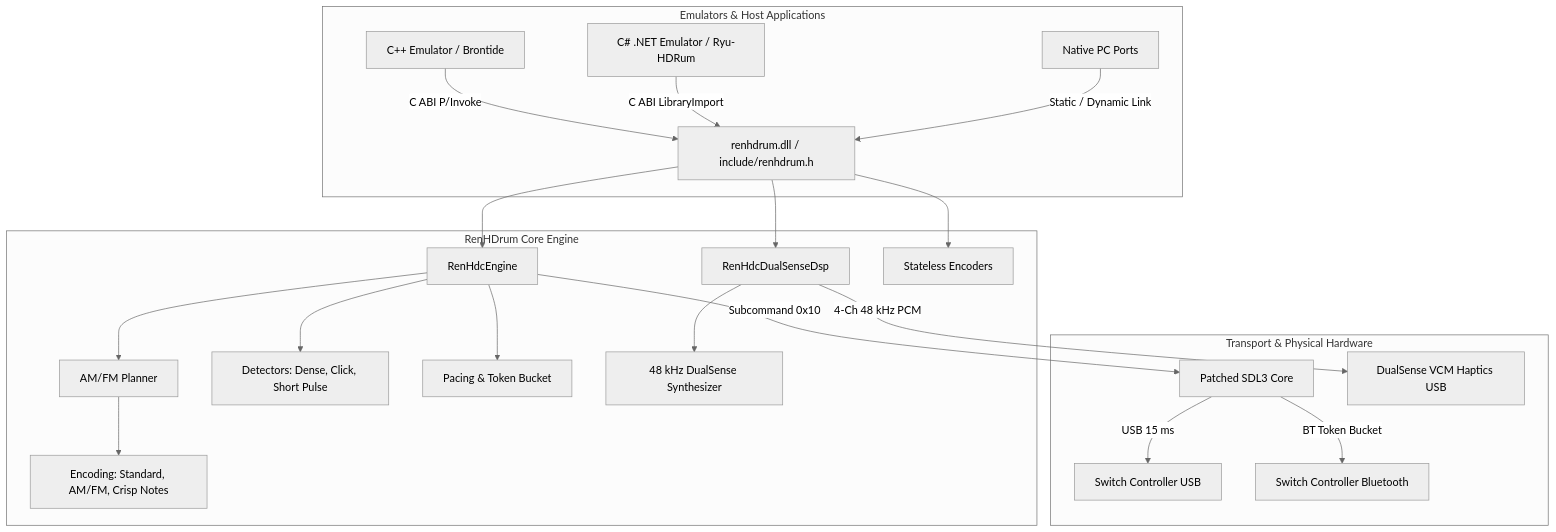
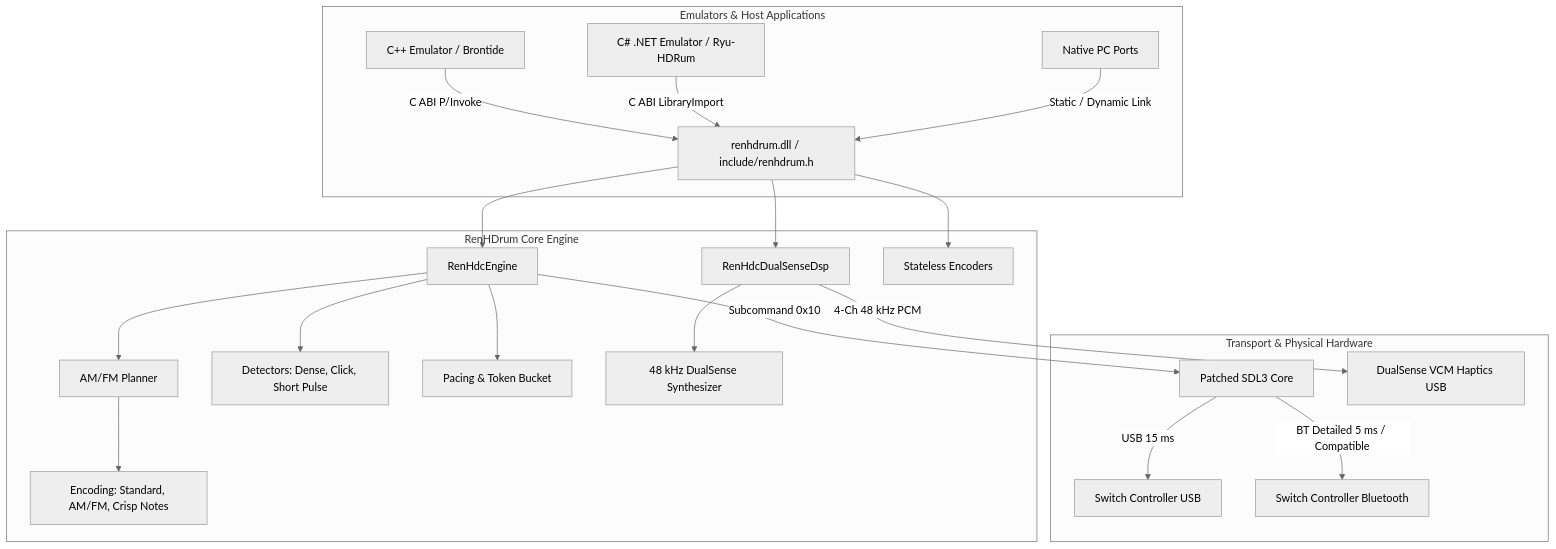
The diagram in docs/integration/architecture.md (trzz1214/RenHDrum), drawn with Mermaid (neutral theme) before and after one commit. The commit also changed other lines of this file and 58 other files, not shown here.

First line of the commit message:
release: RenHDrum 0.4.0 (Switch 2 rumble laws, Bluetooth Detailed/Compatible, eden-switch2 0001-0019)

````diff
--- a/docs/integration/architecture.md
+++ b/docs/integration/architecture.md
@@ -9,28 +9,28 @@
 ```mermaid
 graph TD
     subgraph Emulators & Host Applications
         A1[C++ Emulator / Brontide] -->|C ABI P/Invoke| FFI[renhdrum.dll / include/renhdrum.h]
         A2[C# .NET Emulator / Ryu-HDRum] -->|C ABI LibraryImport| FFI
         A3[Native PC Ports] -->|Static / Dynamic Link| FFI
     end
 
     subgraph RenHDrum Core Engine
         FFI --> ENG[RenHdcEngine]
         FFI --> DSP[RenHdcDualSenseDsp]
         FFI --> STAT[Stateless Encoders]
 
         ENG --> PLAN[AM/FM Planner]
         ENG --> DET[Detectors: Dense, Click, Short Pulse]
         ENG --> PAC[Pacing & Token Bucket]
 
         PLAN --> ENC[Encoding: Standard, AM/FM, Crisp Notes]
         DSP --> HAPT[48 kHz DualSense Synthesizer]
     end
 
     subgraph Transport & Physical Hardware
         ENG -->|Subcommand 0x10| SDL[Patched SDL3 Core]
         SDL -->|USB 15 ms| SW_USB[Switch Controller USB]
-        SDL -->|BT Token Bucket| SW_BT[Switch Controller Bluetooth]
+        SDL -->|BT Detailed 5 ms / Compatible| SW_BT[Switch Controller Bluetooth]
         DSP -->|4-Ch 48 kHz PCM| DS_USB[DualSense VCM Haptics USB]
     end
 ```
````
